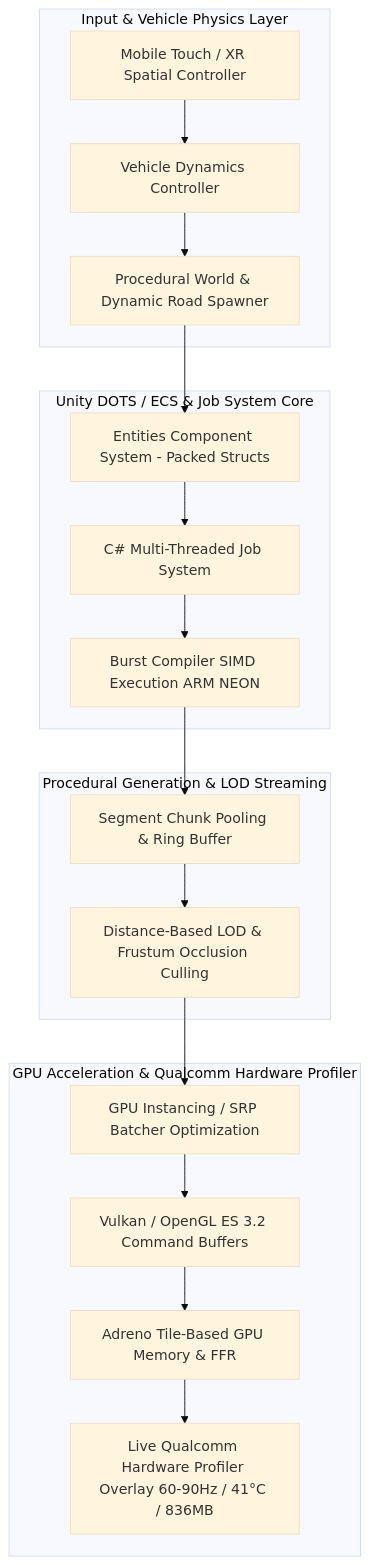
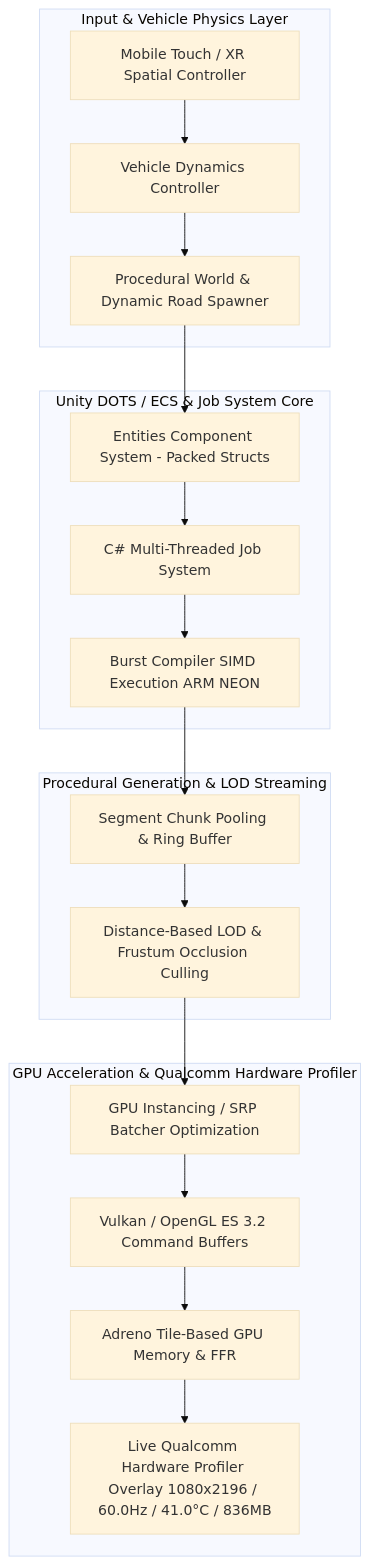
The diagram in README.md (Solorush2021/Snapdragon-XR-Qualcomm-ARVR-Engine), drawn with Mermaid (base theme) before and after one commit. The commit also changed other lines of this file, not shown here.

````diff
--- a/README.md
+++ b/README.md
@@ -61,25 +61,25 @@
 ```mermaid
 flowchart TD
     subgraph Input & Vehicle Physics Layer
         A[Mobile Touch / XR Spatial Controller] --> B[Vehicle Dynamics Controller]
         B --> C[Procedural World & Dynamic Road Spawner]
     end
 
     subgraph Unity DOTS / ECS & Job System Core
         C --> D[Entities Component System - Packed Structs]
         D --> E[C# Multi-Threaded Job System]
         E --> F[Burst Compiler SIMD Execution ARM NEON]
     end
 
     subgraph Procedural Generation & LOD Streaming
         F --> G[Segment Chunk Pooling & Ring Buffer]
         G --> H[Distance-Based LOD & Frustum Occlusion Culling]
     end
 
     subgraph GPU Acceleration & Qualcomm Hardware Profiler
         H --> I[GPU Instancing / SRP Batcher Optimization]
         I --> J[Vulkan / OpenGL ES 3.2 Command Buffers]
         J --> K[Adreno Tile-Based GPU Memory & FFR]
-        K --> L[Live Qualcomm Hardware Profiler Overlay 60-90Hz / 41°C / 836MB]
+        K --> L[Live Qualcomm Hardware Profiler Overlay 1080x2196 / 60.0Hz / 41.0°C / 836MB]
     end
 ```
````
